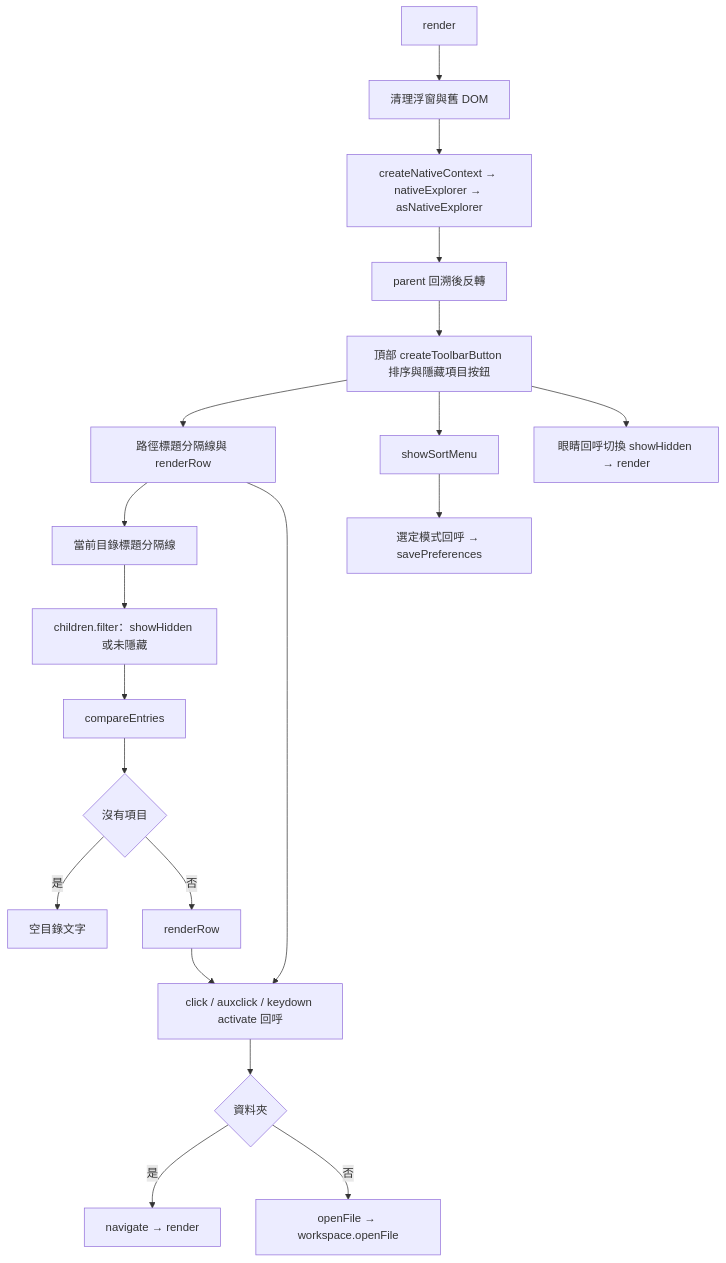
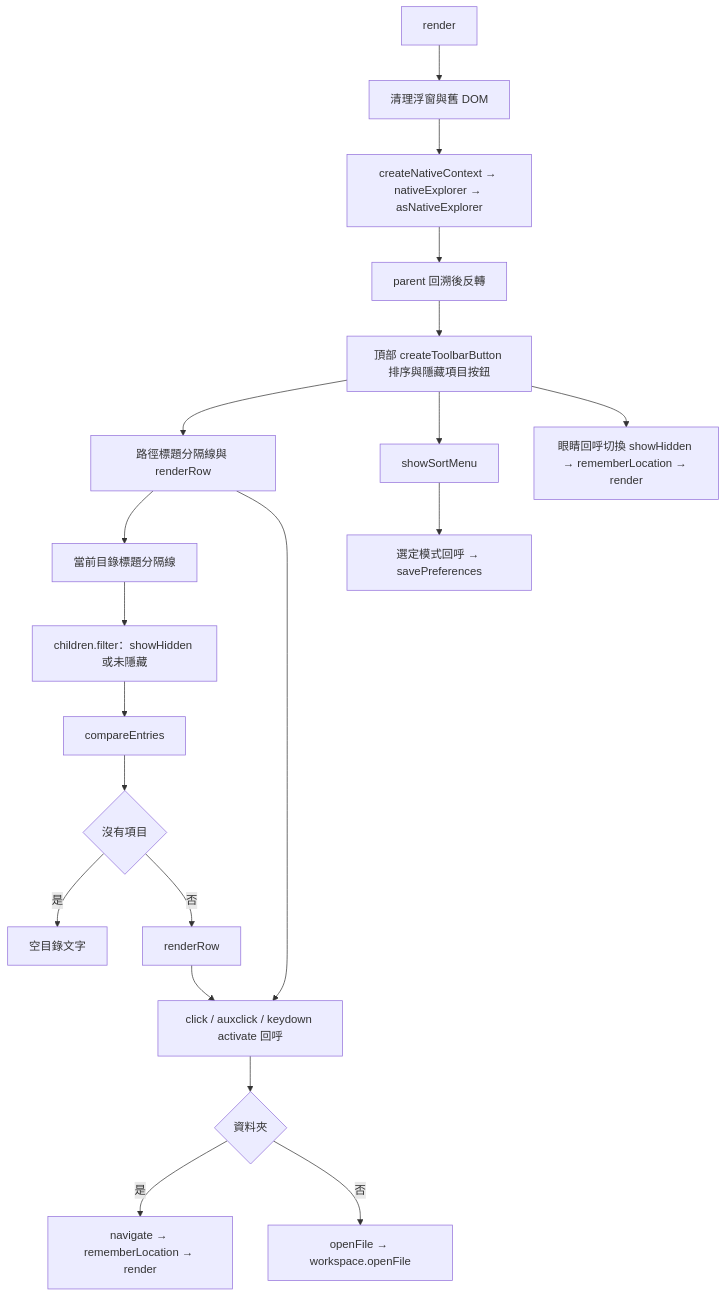
One commit to MiuDog/FlatExplorer changed the third of 12 diagrams in architecture.md. Above: the diagram before and after it, drawn with Mermaid. The commit also changed other lines of this file and 8 other files, not shown here.

````diff
--- a/architecture.md
+++ b/architecture.md
@@ -80,22 +86,22 @@
 ```mermaid
 flowchart TD
 	Render[render] --> Clear[清理浮窗與舊 DOM]
 	Clear --> Adapter[createNativeContext → nativeExplorer → asNativeExplorer]
 	Adapter --> Ancestors[parent 回溯後反轉]
 	Ancestors --> Toolbar[頂部 createToolbarButton 排序與隱藏項目按鈕]
 	Toolbar --> Path[路徑標題分隔線與 renderRow]
 	Path --> Header[當前目錄標題分隔線]
 	Header --> Filter[children.filter：showHidden 或未隱藏]
 	Filter --> Sort[compareEntries]
 	Sort --> Empty{沒有項目}
 	Empty -->|是| Message[空目錄文字]
 	Empty -->|否| Rows[renderRow]
 	Rows --> Click[click / auxclick / keydown activate 回呼]
 	Path --> Click
 	Click --> Folder{資料夾}
-	Folder -->|是| Navigate[navigate → render]
+	Folder -->|是| Navigate[navigate → rememberLocation → render]
 	Folder -->|否| File[openFile → workspace.openFile]
 	Toolbar --> SortMenu[showSortMenu]
 	SortMenu --> Mode[選定模式回呼 → savePreferences]
-	Toolbar --> Hidden[眼睛回呼切換 showHidden → render]
+	Toolbar --> Hidden[眼睛回呼切換 showHidden → rememberLocation → render]
 ```
````
